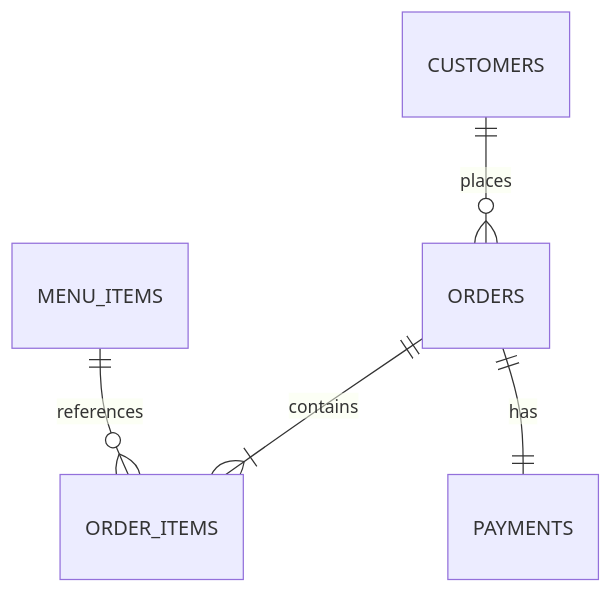
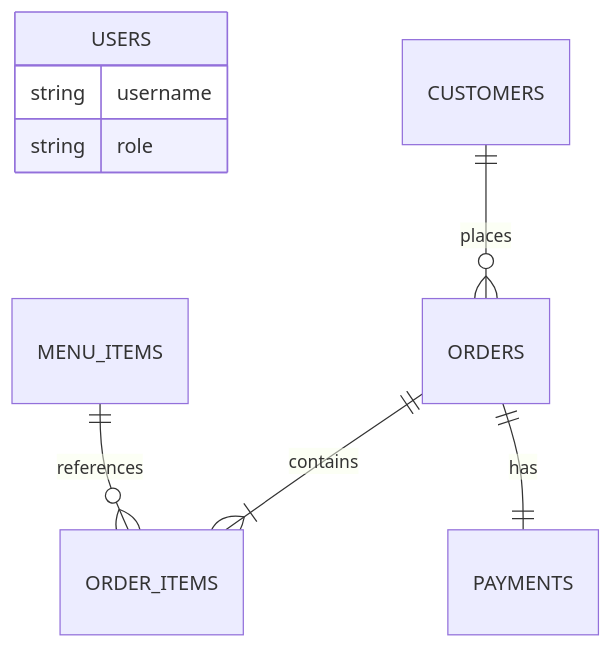
One commit to believerboopD12/dagar_hotel changed the diagram in README.md. Above: the diagram before and after it, drawn with Mermaid. The commit also changed other lines of this file and 17 other files, not shown here.

````diff
--- a/README.md
+++ b/README.md
@@ -48,7 +26,8 @@
 ```mermaid
 erDiagram
+  USERS { string username string role }
   CUSTOMERS ||--o{ ORDERS : places
   ORDERS ||--|{ ORDER_ITEMS : contains
   MENU_ITEMS ||--o{ ORDER_ITEMS : references
   ORDERS ||--|| PAYMENTS : has
 ```
````
